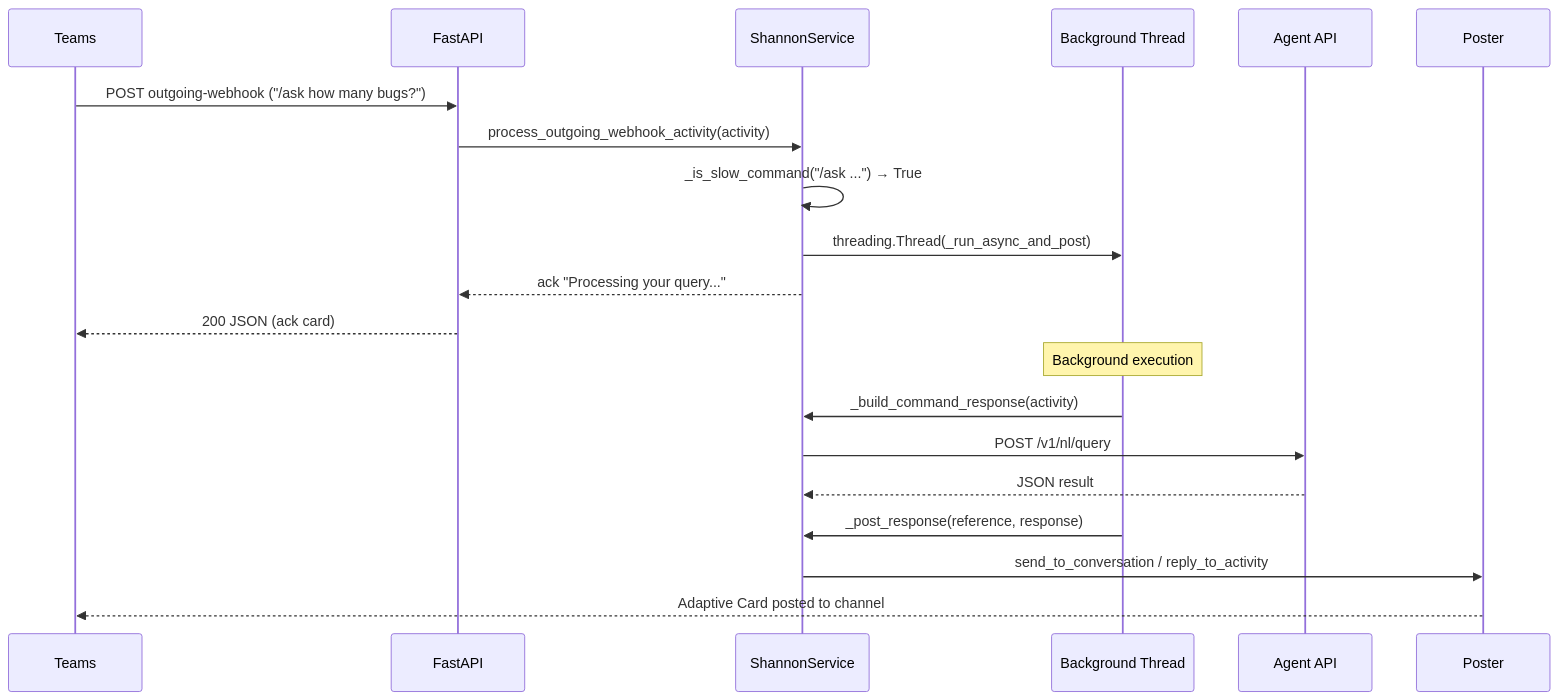
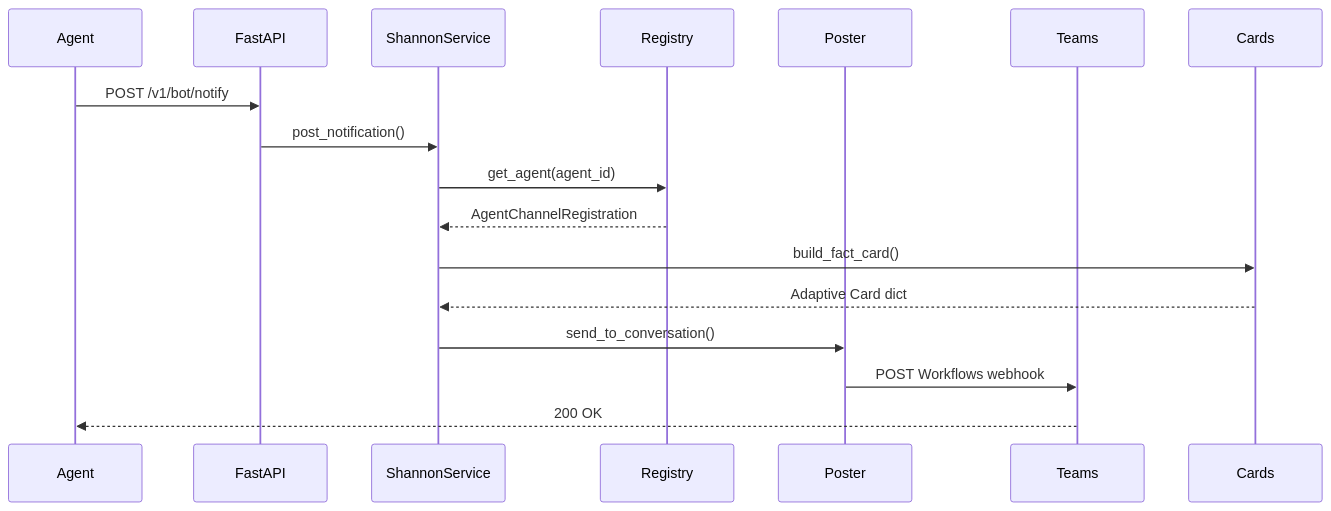
The third of 4 diagrams in agents/shannon/docs/service.md (jmac-cornelis/agent-workforce), drawn with Mermaid before and after one commit. The commit also changed other lines of this file and 6 other files, not shown here.

````diff
--- a/agents/shannon/docs/service.md
+++ b/agents/shannon/docs/service.md
@@ -78,23 +87,19 @@
 ```mermaid
 sequenceDiagram
-    participant T as Teams
-    participant A as FastAPI
-    participant S as ShannonService
-    participant TH as Background Thread
-    participant AG as Agent API
-    participant P as Poster
+    participant Agent
+    participant FastAPI
+    participant ShannonService
+    participant Registry
+    participant Poster
+    participant Teams
 
-    T->>A: POST outgoing-webhook ("/ask how many bugs?")
-    A->>S: process_outgoing_webhook_activity(activity)
-    S->>S: _is_slow_command("/ask ...") → True
-    S->>TH: threading.Thread(_run_async_and_post)
-    S-->>A: ack "Processing your query..."
-    A-->>T: 200 JSON (ack card)
-    Note over TH: Background execution
-    TH->>S: _build_command_response(activity)
-    S->>AG: POST /v1/nl/query
-    AG-->>S: JSON result
-    TH->>S: _post_response(reference, response)
-    S->>P: send_to_conversation / reply_to_activity
-    P-->>T: Adaptive Card posted to channel
+    Agent->>FastAPI: POST /v1/bot/notify
+    FastAPI->>ShannonService: post_notification()
+    ShannonService->>Registry: get_agent(agent_id)
+    Registry-->>ShannonService: AgentChannelRegistration
+    ShannonService->>Cards: build_fact_card()
+    Cards-->>ShannonService: Adaptive Card dict
+    ShannonService->>Poster: send_to_conversation()
+    Poster->>Teams: POST Workflows webhook
+    Teams-->>Agent: 200 OK
 ```
````
